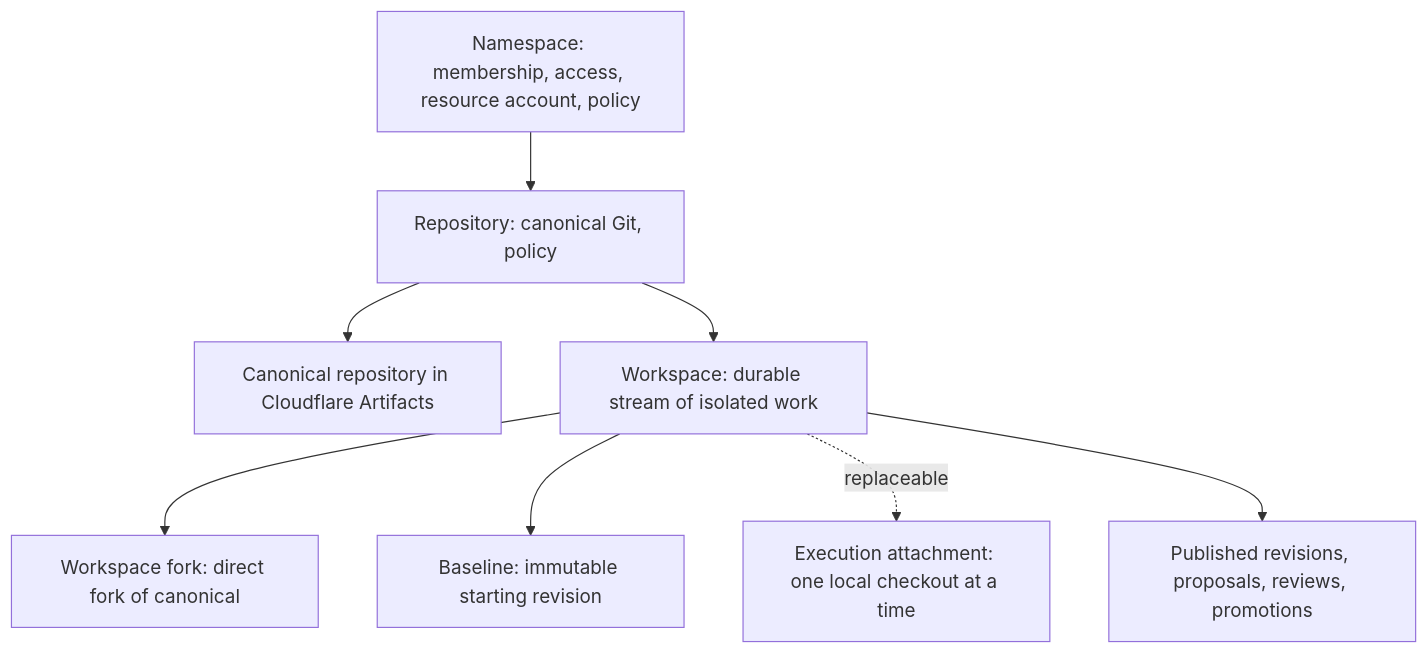
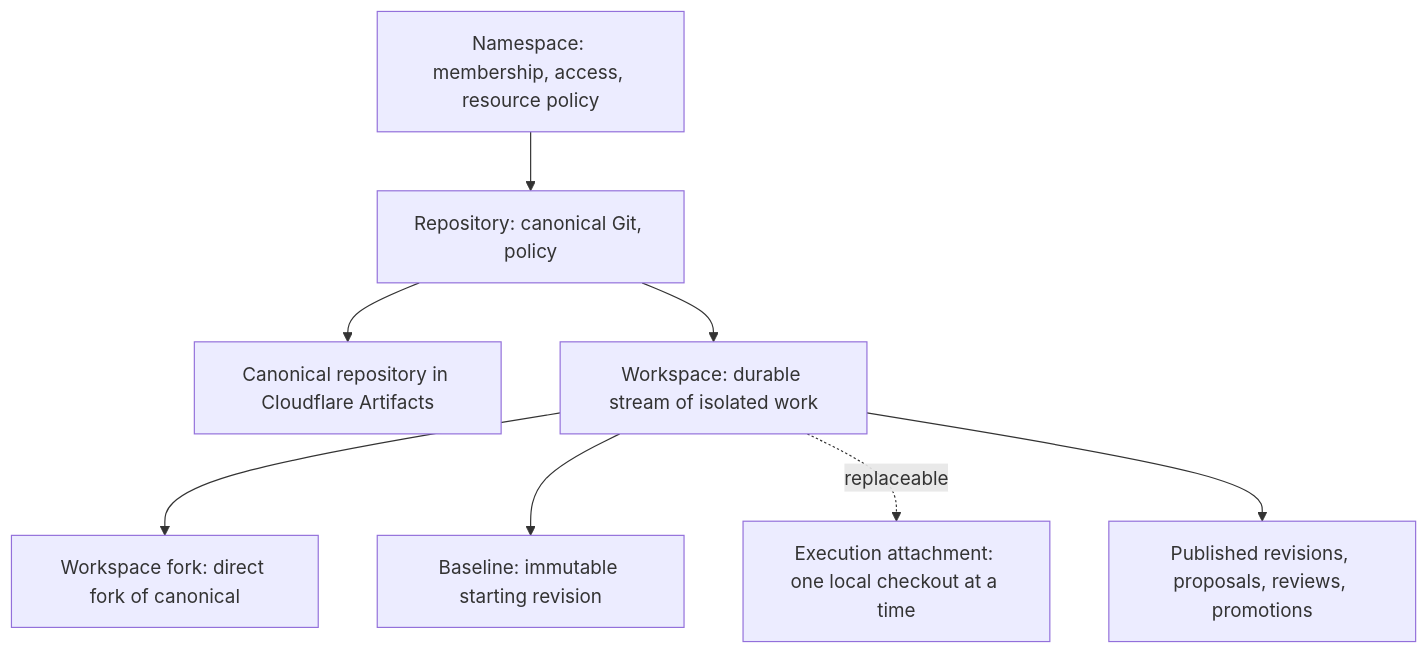
Before and after one commit to acltabontabon/cruce: the first of 2 diagrams in docs/domain-model.md, drawn with Mermaid. The commit also changed other lines of this file and 13 other files, not shown here.

````diff
--- a/docs/domain-model.md
+++ b/docs/domain-model.md
@@ -9,10 +9,10 @@
 ```mermaid
 flowchart TD
-    N[Namespace: membership, access, resource account, policy] --> R[Repository: canonical Git, policy]
+    N[Namespace: membership, access, resource policy] --> R[Repository: canonical Git, policy]
     R --> C[Canonical repository in Cloudflare Artifacts]
     R --> W[Workspace: durable stream of isolated work]
     W --> F[Workspace fork: direct fork of canonical]
     W --> B[Baseline: immutable starting revision]
     W -.->|replaceable| E[Execution attachment: one local checkout at a time]
     W --> P[Published revisions, proposals, reviews, promotions]
 ```
````
